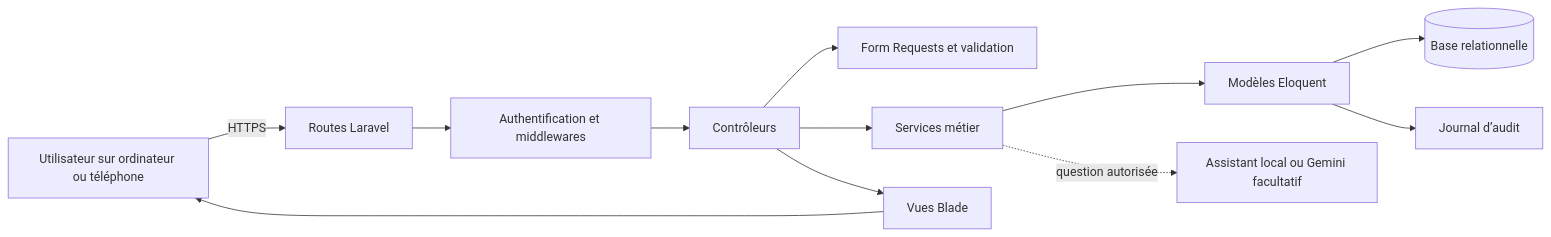
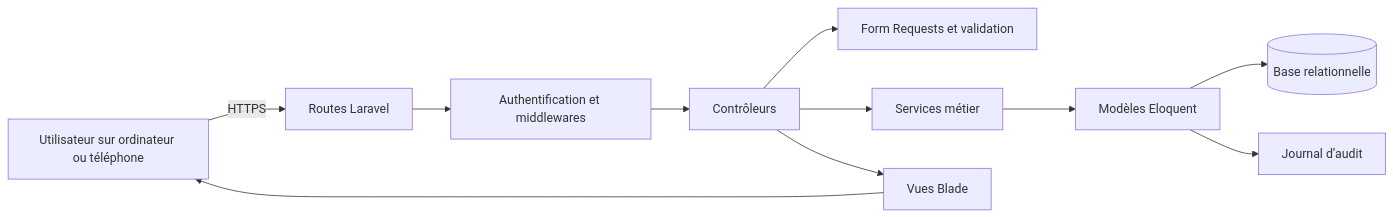
One commit to abjnn/ABIWEIN changed the first of 3 diagrams in docs/ARCHITECTURE.md. Above: the diagram before and after it, drawn with Mermaid. The commit also changed other lines of this file and 63 other files, not shown here.

````diff
--- a/docs/ARCHITECTURE.md
+++ b/docs/ARCHITECTURE.md
@@ -11,14 +11,13 @@
 ```mermaid
 flowchart LR
     U[Utilisateur sur ordinateur ou téléphone] -->|HTTPS| R[Routes Laravel]
     R --> M[Authentification et middlewares]
     M --> C[Contrôleurs]
     C --> V[Form Requests et validation]
     C --> S[Services métier]
     S --> E[Modèles Eloquent]
     E --> D[(Base relationnelle)]
     C --> B[Vues Blade]
     B --> U
     E --> A[Journal d’audit]
-    S -. question autorisée .-> IA[Assistant local ou Gemini facultatif]
 ```
````
